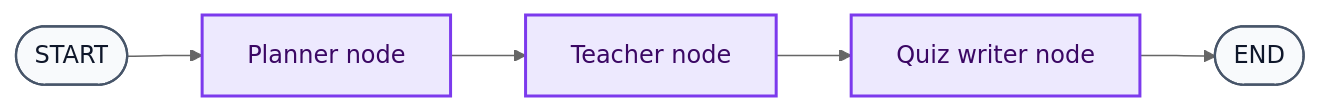
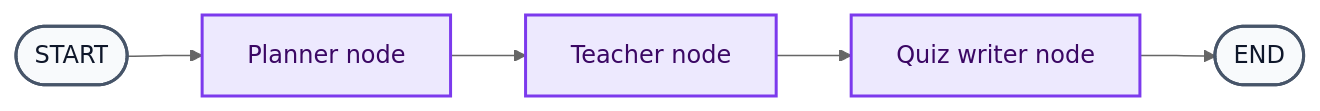
One commit to anne500/multi-agent-study-guide changed the second of 20 diagrams in docs/ARCHITECTURE.md. Above: the diagram before and after it, drawn with Mermaid (neutral theme). The commit also changed other lines of this file, not shown here.

Commit message:
Apply shared architecture colors and visual conventions

````diff
--- a/docs/ARCHITECTURE.md
+++ b/docs/ARCHITECTURE.md
@@ -65,11 +71,18 @@
 ```mermaid
 flowchart LR
     A([START]) --> B[Planner node]
     B --> C[Teacher node]
     C --> D[Quiz writer node]
     D --> E([END])
 
-    classDef default fill:#F8FAFC,stroke:#475569,color:#0F172A,stroke-width:1.5px;
+    %% Shared architecture palette: see VISUAL_STYLE.md
+    classDef default fill:#F8FAFC,stroke:#475569,color:#0F172A,stroke-width:2px;
+    classDef process fill:#DBEAFE,stroke:#2563EB,color:#172554,stroke-width:2px;
     classDef model fill:#EDE9FE,stroke:#7C3AED,color:#3B0764,stroke-width:2px;
+    classDef store fill:#CCFBF1,stroke:#0F766E,color:#134E4A,stroke-width:2px;
+    classDef decision fill:#FEF3C7,stroke:#B45309,color:#78350F,stroke-width:2px;
+    classDef human fill:#FFEDD5,stroke:#C2410C,color:#7C2D12,stroke-width:2px;
+    classDef output fill:#DCFCE7,stroke:#15803D,color:#14532D,stroke-width:2px;
+    classDef failure fill:#FEE2E2,stroke:#B91C1C,color:#7F1D1D,stroke-width:2px;
     class B,C,D model;
 ```
````
